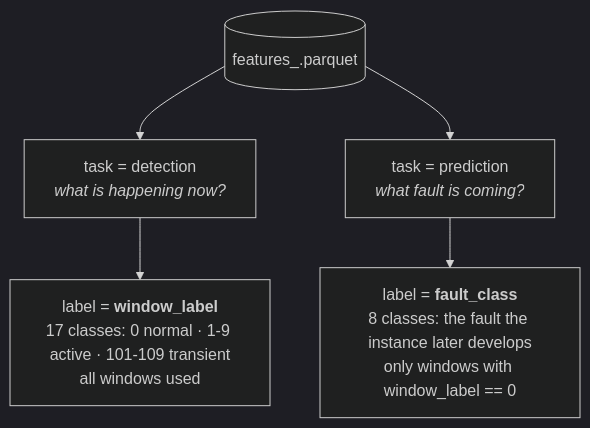
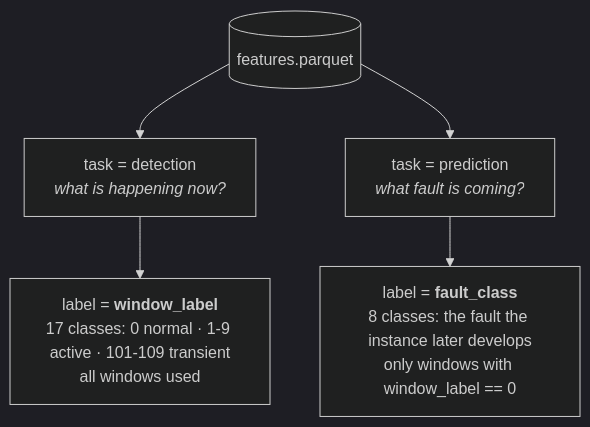
The second of 5 diagrams in README.md (Thiago-TP/flow-assurance-ml), drawn with Mermaid (dark theme) before and after one commit. The commit also changed other lines of this file and 17 other files, not shown here.

````diff
--- a/README.md
+++ b/README.md
@@ -42,7 +43,7 @@
 ```mermaid
 flowchart TD
-    P[("features_<norm>.parquet")] --> DET["task = detection<br/><i>what is happening now?</i>"]
+    P[("features.parquet")] --> DET["task = detection<br/><i>what is happening now?</i>"]
     P --> PRED["task = prediction<br/><i>what fault is coming?</i>"]
     DET --> DL["label = <b>window_label</b><br/>17 classes: 0 normal · 1-9 active · 101-109 transient<br/>all windows used"]
     PRED --> PL["label = <b>fault_class</b><br/>8 classes: the fault the instance later develops<br/>only windows with window_label == 0"]
 ```
````
